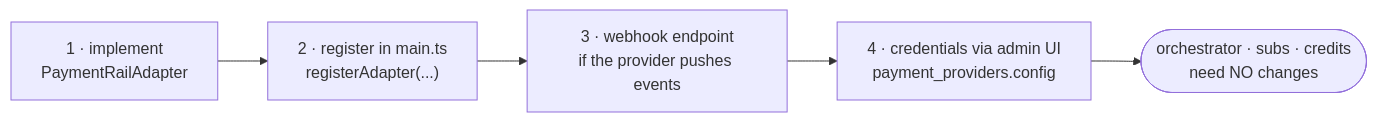
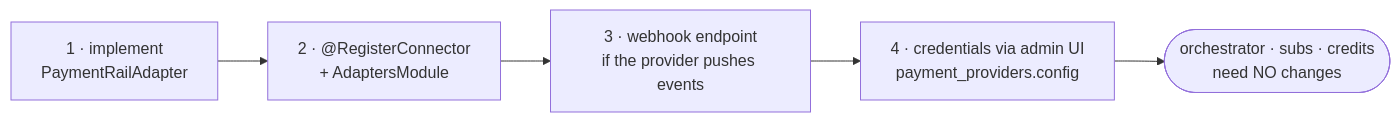
One commit to inite-ai/inite-billing-service changed the second of 2 diagrams in docs/operations.md. Above: the diagram before and after it, drawn with Mermaid. The commit also changed other lines of this file and 22 other files, not shown here.

````diff
--- a/docs/operations.md
+++ b/docs/operations.md
@@ -95,7 +98,7 @@
 ```mermaid
 flowchart LR
-  a["1 · implement<br/>PaymentRailAdapter"] --> b["2 · register in main.ts<br/>registerAdapter(...)"]
+  a["1 · implement<br/>PaymentRailAdapter"] --> b["2 · @RegisterConnector<br/>+ AdaptersModule"]
   b --> c["3 · webhook endpoint<br/>if the provider pushes events"]
   c --> d["4 · credentials via admin UI<br/>payment_providers.config"]
   d --> e(["orchestrator · subs · credits<br/>need NO changes"])
 ```
````
